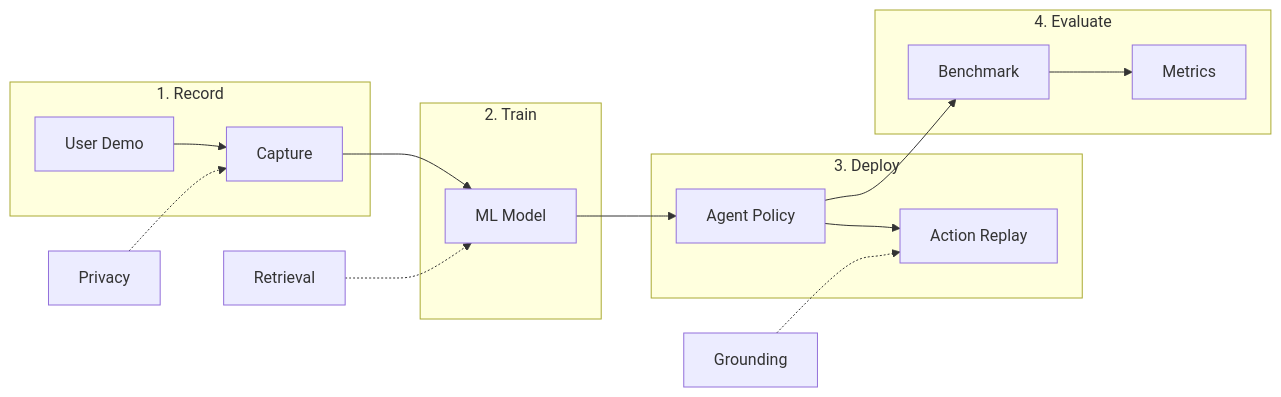
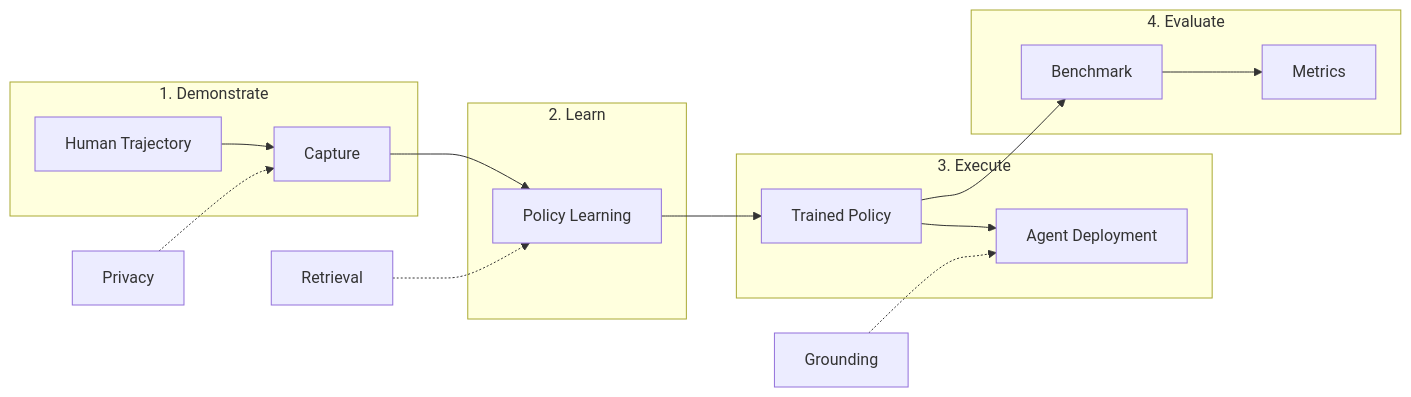
Before and after one commit to OpenAdaptAI/OpenAdapt: the diagram in docs/index.md, drawn with Mermaid. The commit also changed other lines of this file and 18 other files, not shown here.

````diff
--- a/docs/index.md
+++ b/docs/index.md
@@ -23,24 +23,24 @@
 ```mermaid
 flowchart LR
-    subgraph Record["1. Record"]
-        A[User Demo] --> B[Capture]
+    subgraph Demonstrate["1. Demonstrate"]
+        A[Human Trajectory] --> B[Capture]
     end
 
-    subgraph Train["2. Train"]
-        B --> C[ML Model]
+    subgraph Learn["2. Learn"]
+        B --> C[Policy Learning]
     end
 
-    subgraph Deploy["3. Deploy"]
-        C --> D[Agent Policy]
-        D --> E[Action Replay]
+    subgraph Execute["3. Execute"]
+        C --> D[Trained Policy]
+        D --> E[Agent Deployment]
     end
 
     subgraph Evaluate["4. Evaluate"]
         D --> F[Benchmark]
         F --> G[Metrics]
     end
 
     GROUND[Grounding] -.-> E
     RETRIEVE[Retrieval] -.-> C
     PRIV[Privacy] -.-> B
 ```
````
